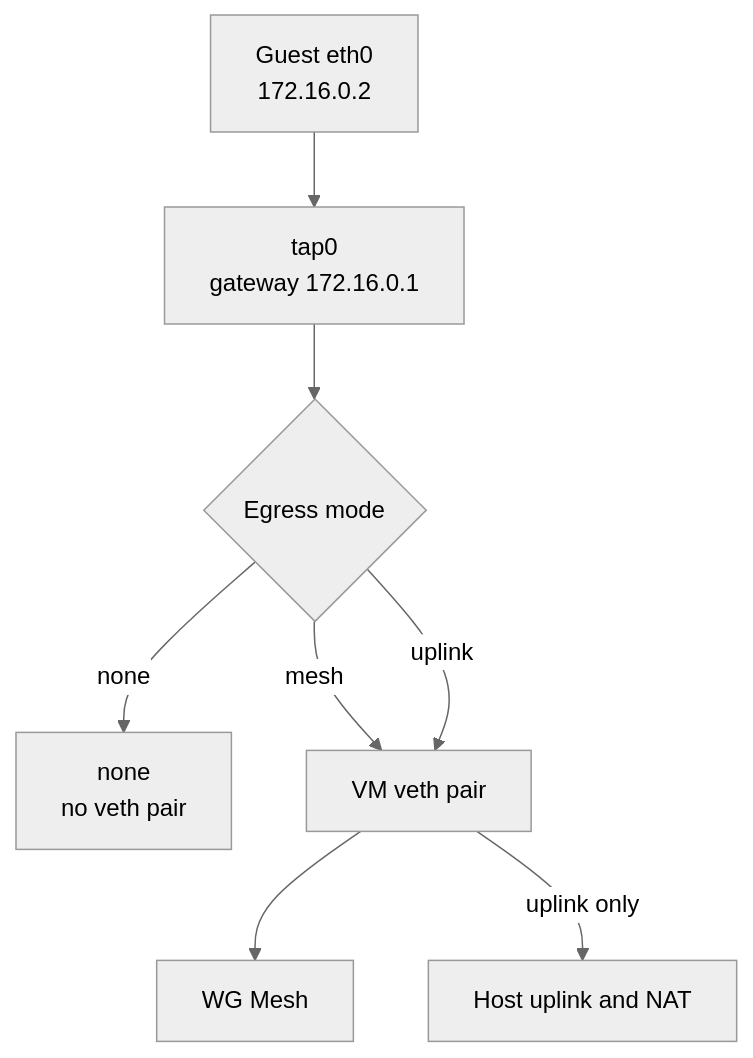
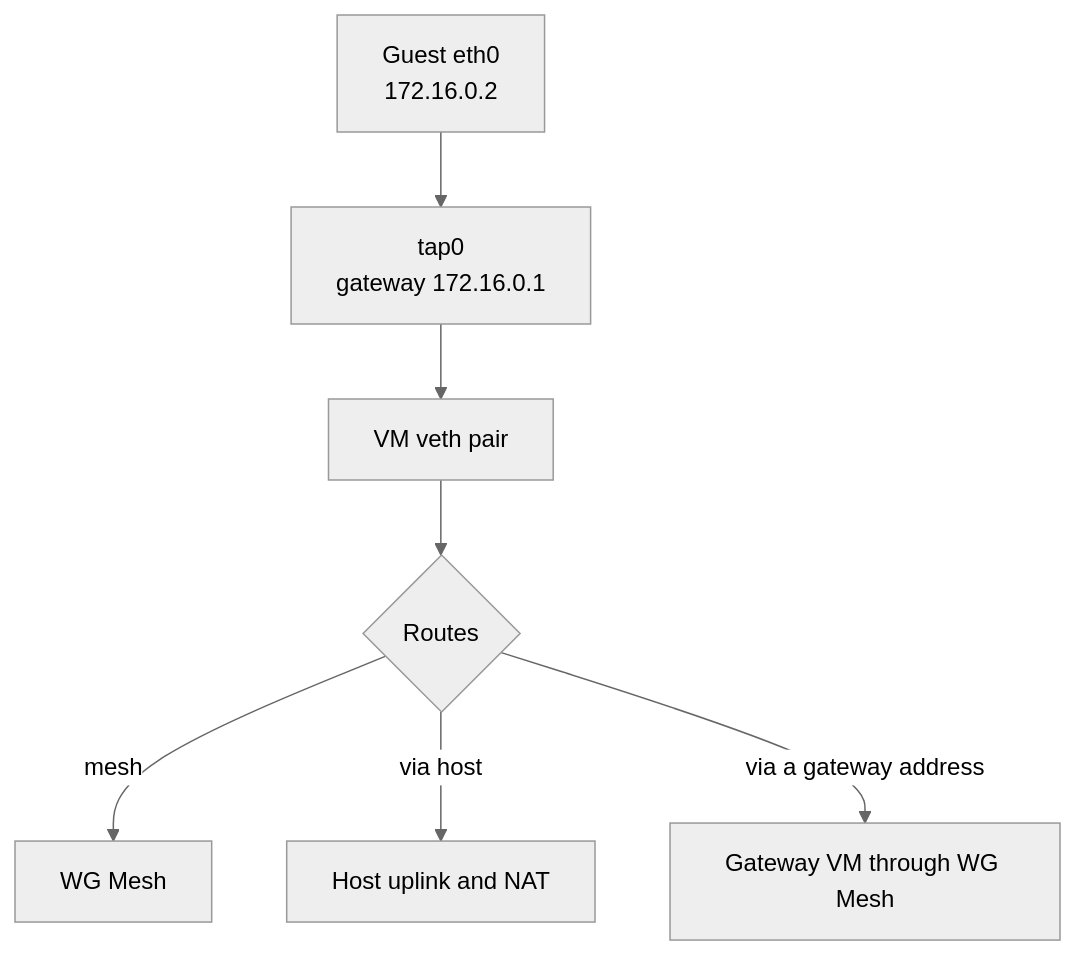
Before and after one commit to 20vikash/atlas: the first of 2 diagrams in metal/docs/networking.md, drawn with Mermaid (neutral theme). The commit also changed other lines of this file and 25 other files, not shown here.

First line of the commit message:
refactor(metal): Replace egress and gateway routes with a route list

````diff
--- a/metal/docs/networking.md
+++ b/metal/docs/networking.md
@@ -11,14 +11,12 @@
 ```mermaid
 flowchart TB
     Guest[Guest eth0<br/>172.16.0.2]
     Tap[tap0<br/>gateway 172.16.0.1]
-    Mode{Egress mode}
-    None[none<br/>no veth pair]
+    Veth[VM veth pair]
+    Routes{Routes}
 
-    Guest --> Tap --> Mode
-    Mode -->|none| None
-    Mode -->|mesh| Veth[VM veth pair]
-    Mode -->|uplink| Veth
-    Veth --> Mesh[WG Mesh]
-    Veth -->|uplink only| Internet[Host uplink and NAT]
+    Guest --> Tap --> Veth --> Routes
+    Routes -->|mesh| Mesh[WG Mesh]
+    Routes -->|via host| Internet[Host uplink and NAT]
+    Routes -->|via a gateway address| Gateway[Gateway VM through WG Mesh]
 ```
````
